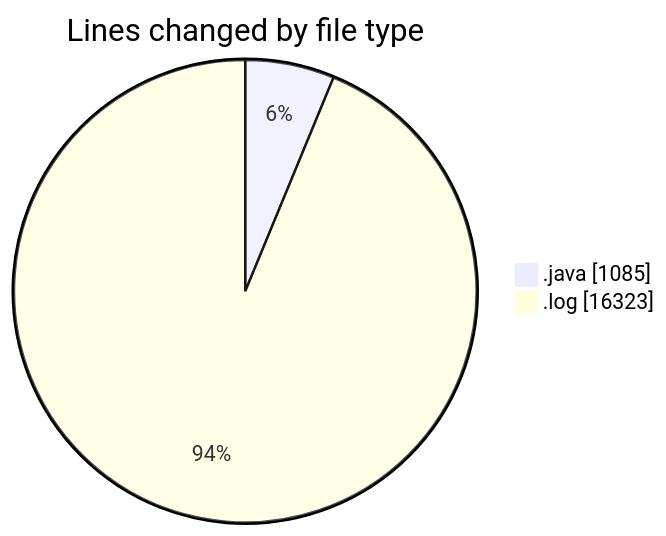
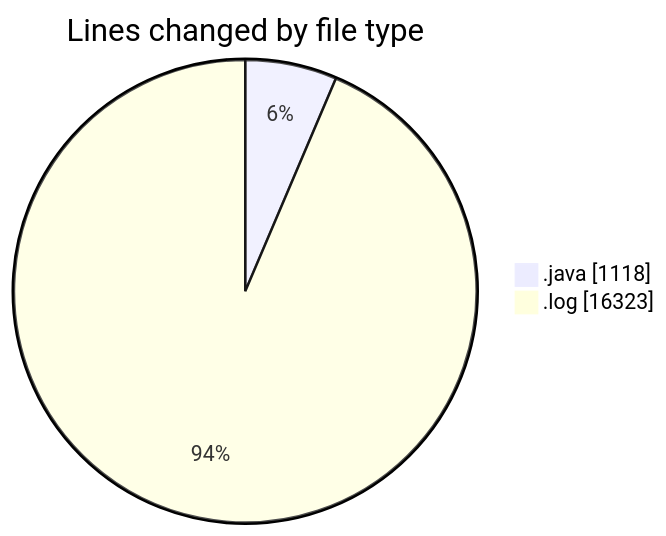
One commit to ricardozamudiocil/code-tracking changed the first of 2 diagrams in 2026-04-07/cilapp/README.md. Above: the diagram before and after it, drawn with Mermaid. The commit also changed other lines of this file and 1 other file, not shown here.

````diff
--- a/2026-04-07/cilapp/README.md
+++ b/2026-04-07/cilapp/README.md
@@ -24,6 +24,6 @@
 ```mermaid
 pie showData
 title Lines changed by file type
-".java" : 1085
+".java" : 1118
 ".log" : 16323
 ```
````
